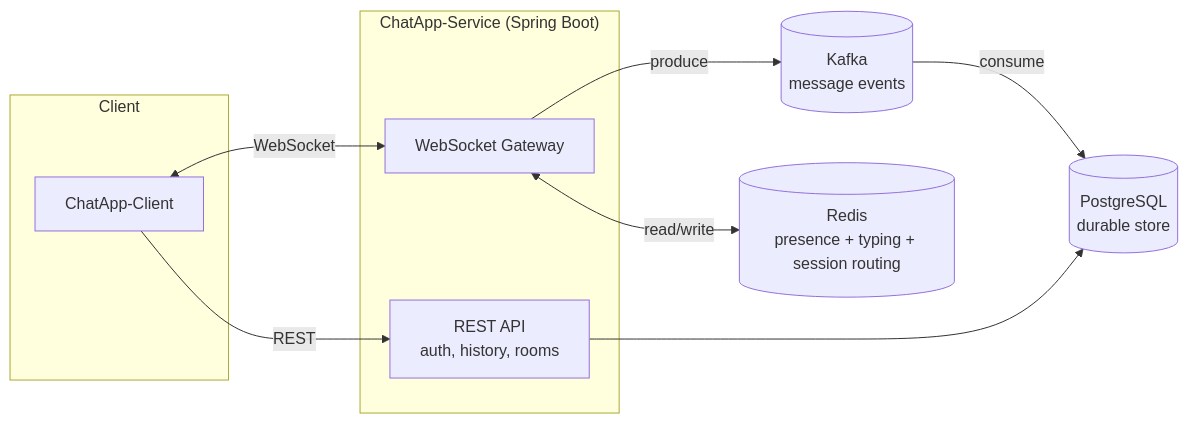
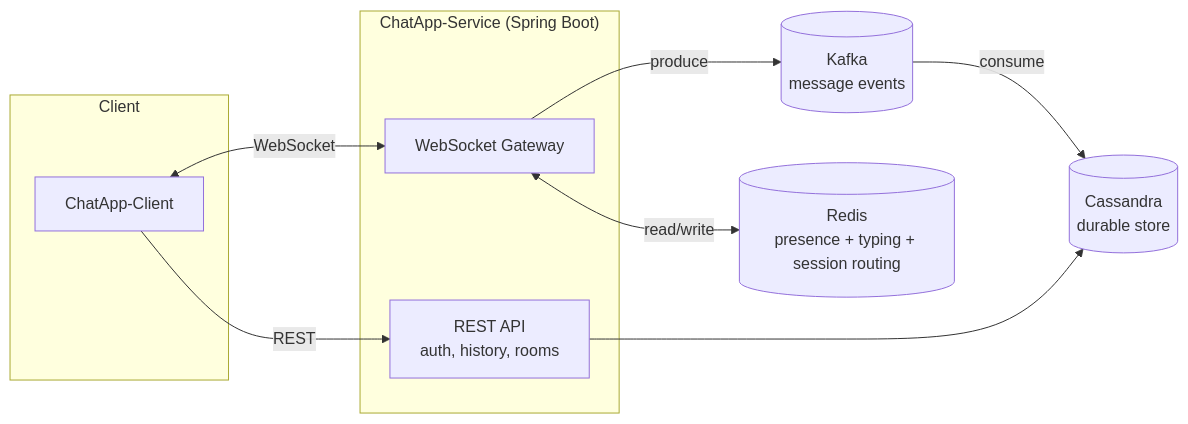
The diagram in DESIGN.md (edulun/ChatApp), drawn with Mermaid before and after one commit. The commit also changed other lines of this file and 14 other files, not shown here.

First line of the commit message:
Switch durable storage from PostgreSQL to Cassandra

````diff
--- a/DESIGN.md
+++ b/DESIGN.md
@@ -35,22 +35,22 @@
 ```mermaid
 flowchart LR
     subgraph Client
         C[ChatApp-Client]
     end
 
     subgraph Service["ChatApp-Service (Spring Boot)"]
         WS[WebSocket Gateway]
         API[REST API<br/>auth, history, rooms]
     end
 
     K[(Kafka<br/>message events)]
-    PG[(PostgreSQL<br/>durable store)]
+    CASS[(Cassandra<br/>durable store)]
     R[(Redis<br/>presence + typing + session routing)]
 
     C <-->|WebSocket| WS
     C -->|REST| API
     WS -->|produce| K
-    K -->|consume| PG
+    K -->|consume| CASS
     WS <-->|read/write| R
-    API --> PG
+    API --> CASS
 ```
````
